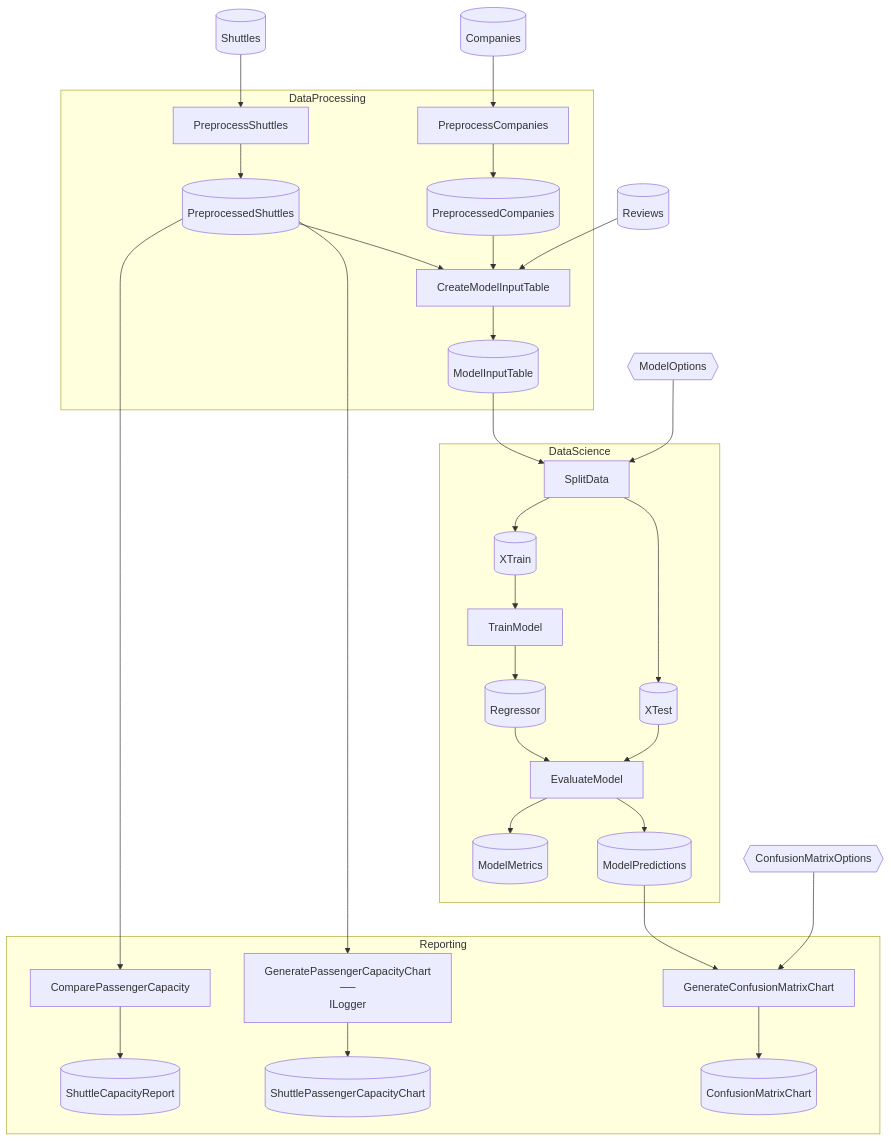
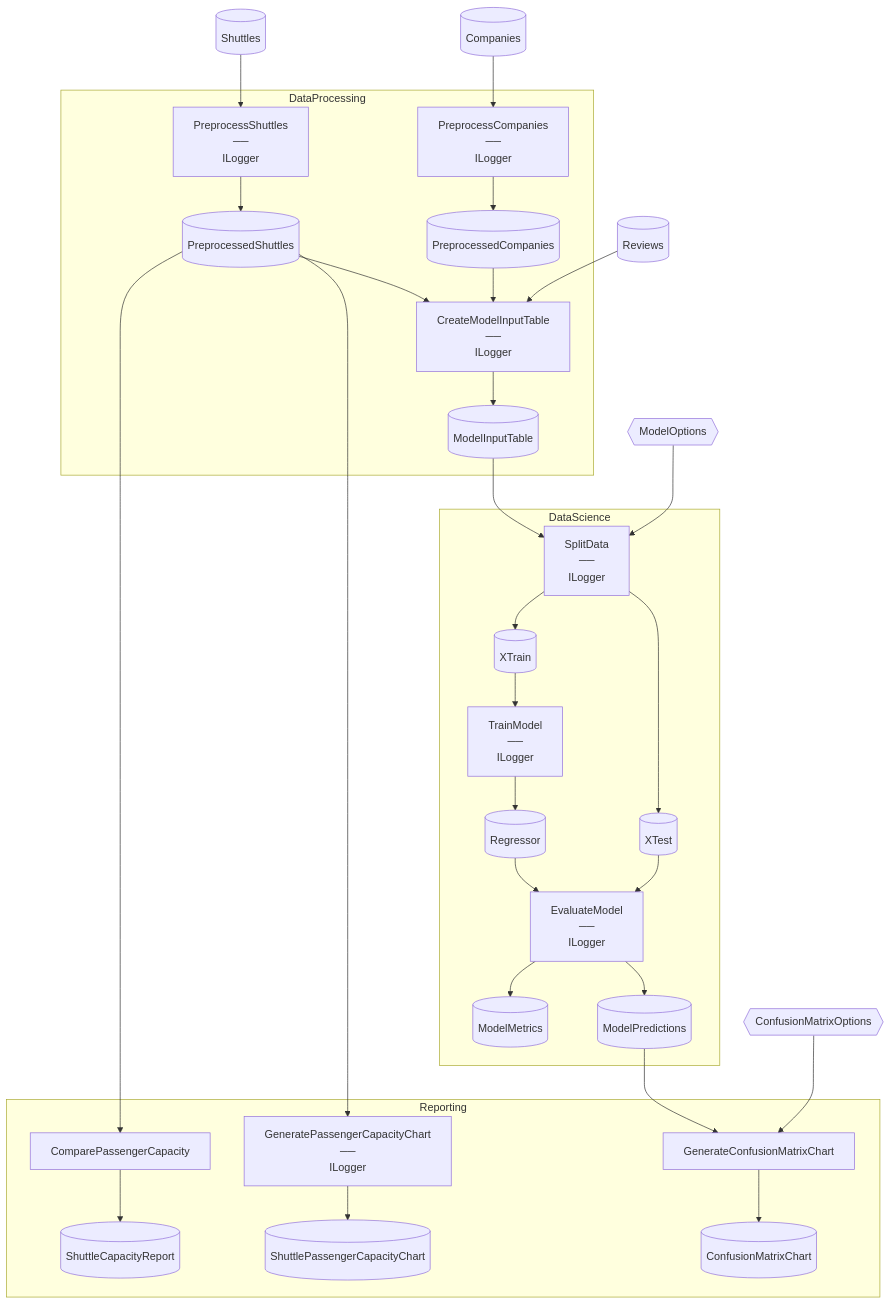
Before and after one commit to chaoticgoodcomputing/flowthru: the diagram in examples/starter/Spaceflights/README.md, drawn with Mermaid. The commit also changed 16 other files, not shown here.

Commit message:
feat: mermaid split-diagrams for >3 flows in a DAG

````diff
--- a/examples/starter/Spaceflights/README.md
+++ b/examples/starter/Spaceflights/README.md
@@ -39,67 +39,67 @@
 ```mermaid
 flowchart TB
 
     %% External Data Inputs
     Companies[("Companies")]
     ConfusionMatrixOptions{{"ConfusionMatrixOptions"}}
     ModelOptions{{"ModelOptions"}}
     Reviews[("Reviews")]
     Shuttles[("Shuttles")]
 
     subgraph DataProcessing["DataProcessing"]
-        PreprocessCompanies["PreprocessCompanies"]
+        PreprocessCompanies["PreprocessCompanies<br>──<br>ILogger"]
         PreprocessedCompanies[("PreprocessedCompanies")]
-        PreprocessShuttles["PreprocessShuttles"]
+        PreprocessShuttles["PreprocessShuttles<br>──<br>ILogger"]
         PreprocessedShuttles[("PreprocessedShuttles")]
-        CreateModelInputTable["CreateModelInputTable"]
+        CreateModelInputTable["CreateModelInputTable<br>──<br>ILogger"]
         ModelInputTable[("ModelInputTable")]
     end
 
     subgraph DataScience["DataScience"]
-        SplitData["SplitData"]
+        SplitData["SplitData<br>──<br>ILogger"]
         XTrain[("XTrain")]
         XTest[("XTest")]
-        TrainModel["TrainModel"]
+        TrainModel["TrainModel<br>──<br>ILogger"]
         Regressor[("Regressor")]
-        EvaluateModel["EvaluateModel"]
+        EvaluateModel["EvaluateModel<br>──<br>ILogger"]
         ModelMetrics[("ModelMetrics")]
         ModelPredictions[("ModelPredictions")]
     end
 
     subgraph Reporting["Reporting"]
         ComparePassengerCapacity["ComparePassengerCapacity"]
         ShuttleCapacityReport[("ShuttleCapacityReport")]
         GeneratePassengerCapacityChart["GeneratePassengerCapacityChart<br>──<br>ILogger"]
         ShuttlePassengerCapacityChart[("ShuttlePassengerCapacityChart")]
         GenerateConfusionMatrixChart["GenerateConfusionMatrixChart"]
         ConfusionMatrixChart[("ConfusionMatrixChart")]
     end
 
     %% Edges
     Companies --> PreprocessCompanies
     PreprocessCompanies --> PreprocessedCompanies
     Shuttles --> PreprocessShuttles
     PreprocessShuttles --> PreprocessedShuttles
     PreprocessedShuttles --> CreateModelInputTable
     PreprocessedCompanies --> CreateModelInputTable
     Reviews --> CreateModelInputTable
     CreateModelInputTable --> ModelInputTable
     PreprocessedShuttles --> ComparePassengerCapacity
     ComparePassengerCapacity --> ShuttleCapacityReport
     PreprocessedShuttles --> GeneratePassengerCapacityChart
     GeneratePassengerCapacityChart --> ShuttlePassengerCapacityChart
     ModelInputTable --> SplitData
     ModelOptions --> SplitData
     SplitData --> XTrain
     SplitData --> XTest
     XTrain --> TrainModel
     TrainModel --> Regressor
     Regressor --> EvaluateModel
     XTest --> EvaluateModel
     EvaluateModel --> ModelMetrics
     EvaluateModel --> ModelPredictions
     ModelPredictions --> GenerateConfusionMatrixChart
     ConfusionMatrixOptions --> GenerateConfusionMatrixChart
     GenerateConfusionMatrixChart --> ConfusionMatrixChart
 
 ```
````
